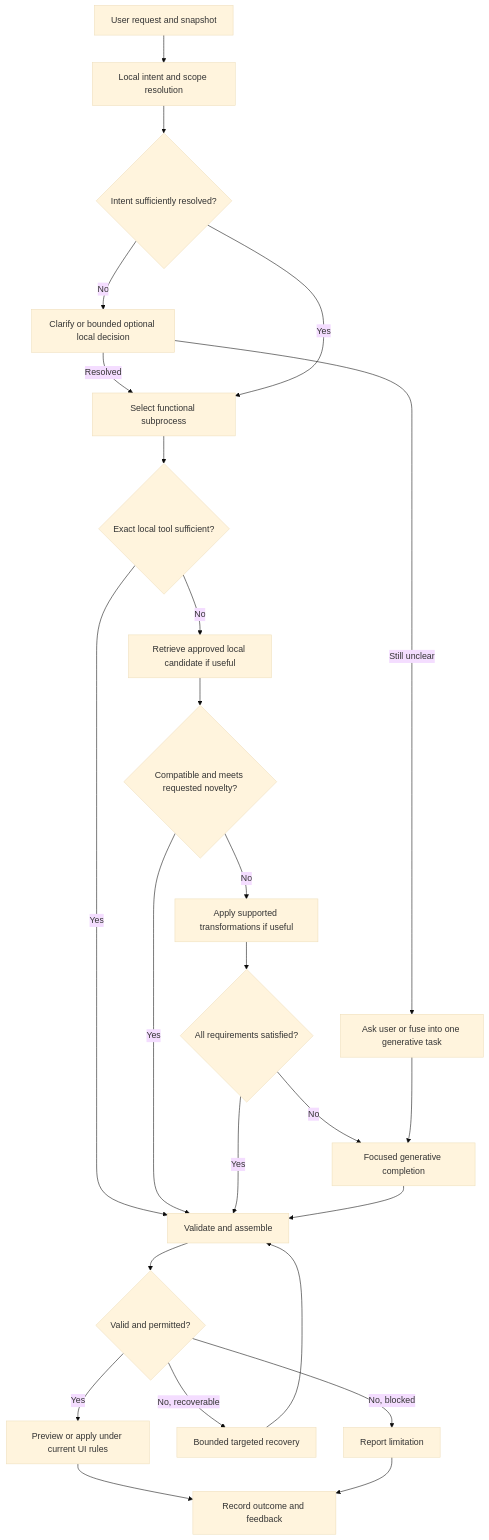
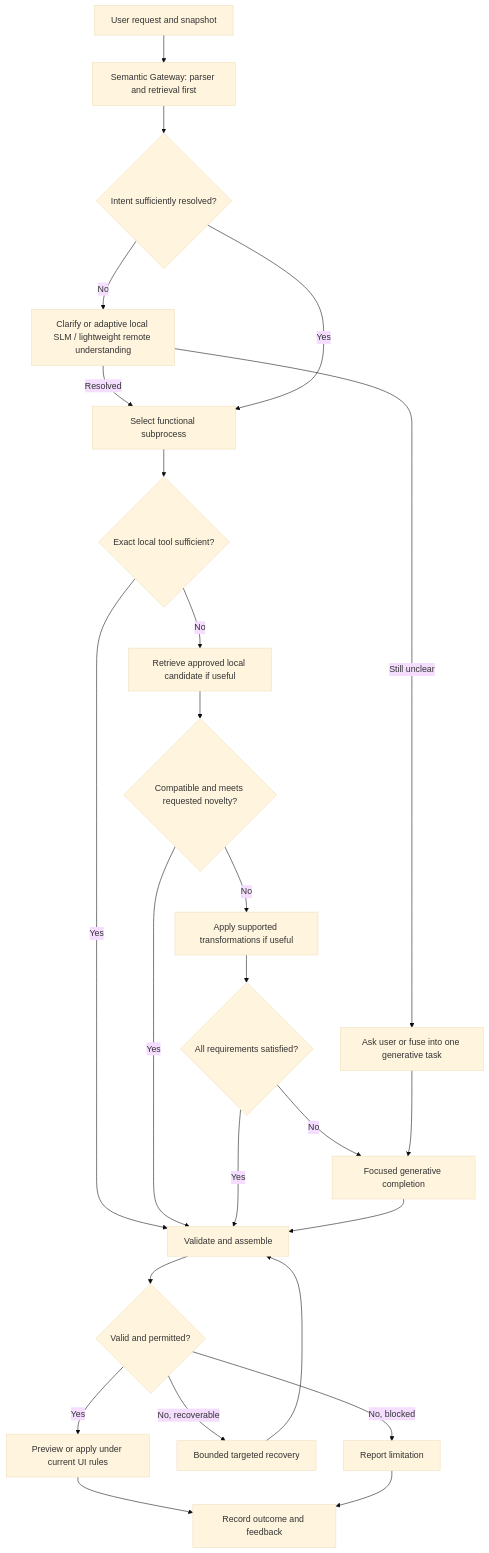
Before and after one commit to vsalesa/tidal-studio: the third of 26 diagrams in docs/maestro-v2/EXECUTION_STUDIO_LEARNING_V24.en.md, drawn with Mermaid (base theme). The commit also changed other lines of this file, not shown here.

Commit message:
docs: add retrieval-first Semantic Gateway, adaptive local/remote NLU and inference discipline

````diff
--- a/docs/maestro-v2/EXECUTION_STUDIO_LEARNING_V24.en.md
+++ b/docs/maestro-v2/EXECUTION_STUDIO_LEARNING_V24.en.md
@@ -113,27 +113,27 @@
 ```mermaid
 flowchart TD
- Q[User request and snapshot] --> R[Local intent and scope resolution]
+ Q[User request and snapshot] --> R[Semantic Gateway: parser and retrieval first]
  R --> A{Intent sufficiently resolved?}
- A -->|No| B[Clarify or bounded optional local decision]
+ A -->|No| B[Clarify or adaptive local SLM / lightweight remote understanding]
  B -->|Still unclear| U[Ask user or fuse into one generative task]
  B -->|Resolved| P[Select functional subprocess]
  A -->|Yes| P
  P --> C{Exact local tool sufficient?}
  C -->|Yes| V[Validate and assemble]
  C -->|No| K[Retrieve approved local candidate if useful]
  K --> D{Compatible and meets requested novelty?}
  D -->|Yes| V
  D -->|No| T[Apply supported transformations if useful]
  T --> S{All requirements satisfied?}
  S -->|Yes| V
  S -->|No| G[Focused generative completion]
  U --> G
  G --> V
  V --> E{Valid and permitted?}
  E -->|Yes| F[Preview or apply under current UI rules]
  E -->|No, recoverable| H[Bounded targeted recovery]
  H --> V
  E -->|No, blocked| J[Report limitation]
  F --> L[Record outcome and feedback]
  J --> L
 ```
````
